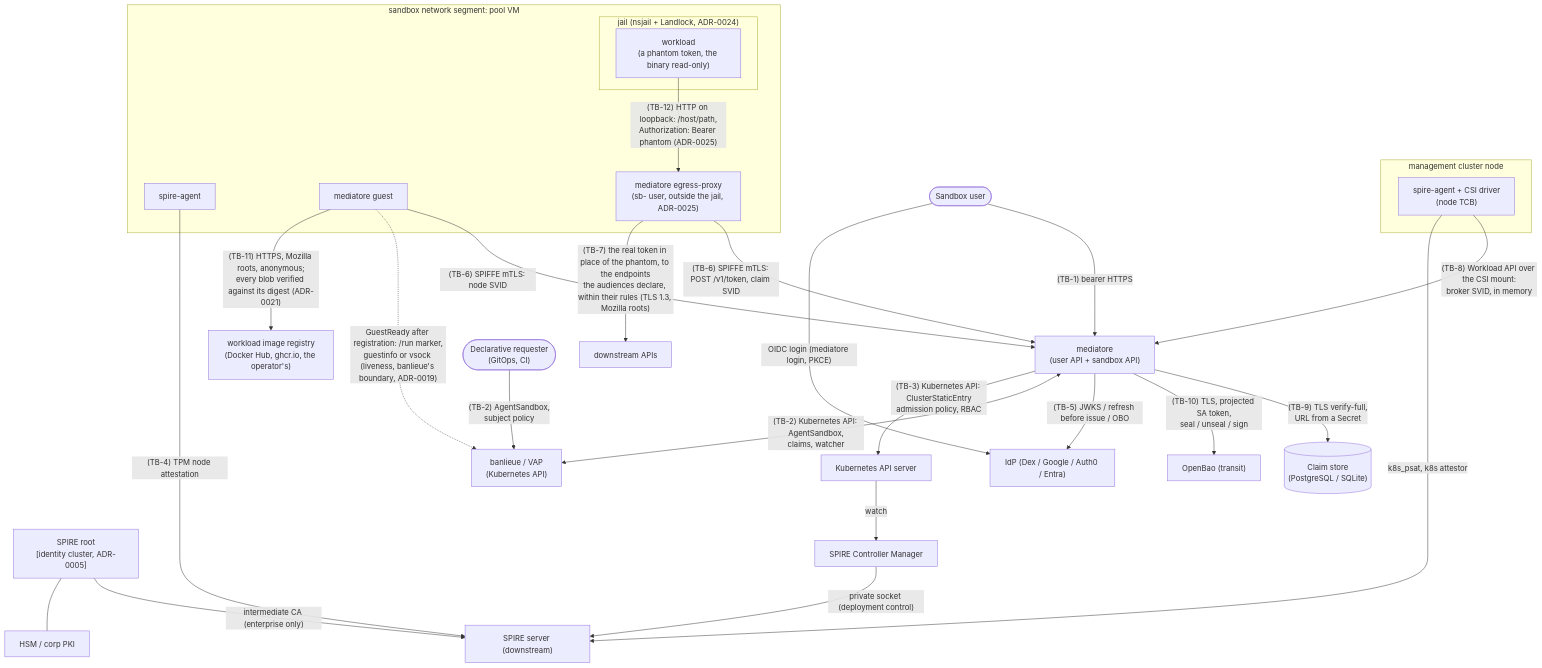
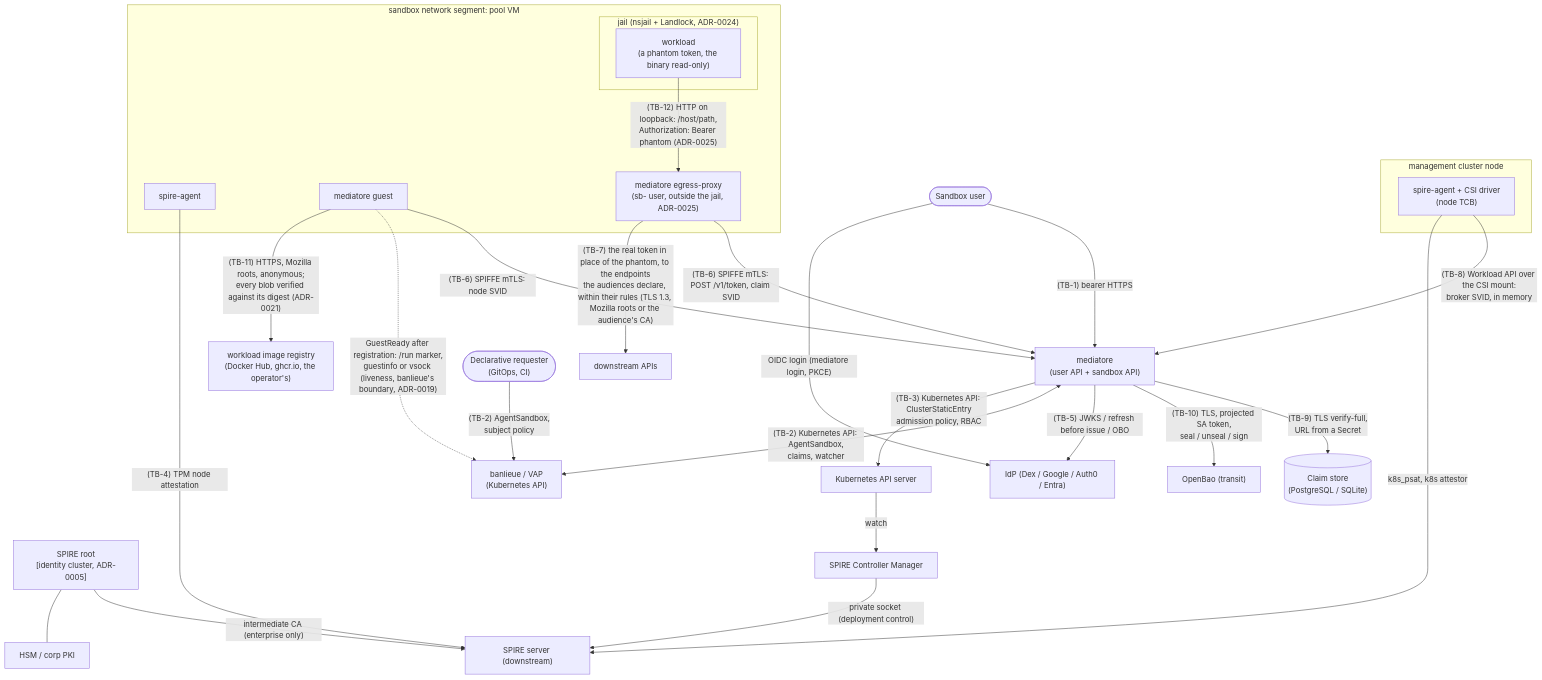
The diagram in docs/security/threat-model.md (firestoned/mediatore), drawn with Mermaid before and after one commit. The commit also changed other lines of this file and 21 other files, not shown here.

````diff
--- a/docs/security/threat-model.md
+++ b/docs/security/threat-model.md
@@ -294,50 +302,50 @@
 ```mermaid
 flowchart TB
   user(["Sandbox user"])
   idp["IdP (Dex / Google / Auth0 / Entra)"]
   mediatore["mediatore<br/>(user API + sandbox API)"]
   banlieue["banlieue / VAP<br/>(Kubernetes API)"]
   spire["SPIRE server (downstream)"]
   root["SPIRE root<br/>[identity cluster, ADR-0005]"]
   hsm["HSM / corp PKI"]
   apis["downstream APIs"]
   registry["workload image registry<br/>(Docker Hub, ghcr.io, the operator's)"]
 
   user -- "(TB-1) bearer HTTPS" --> mediatore
   user -- "OIDC login (mediatore login, PKCE)" --> idp
   requester(["Declarative requester<br/>(GitOps, CI)"]) -- "(TB-2) AgentSandbox,<br/>subject policy" --> banlieue
   store[("Claim store<br/>(PostgreSQL / SQLite)")]
   mediatore -- "(TB-9) TLS verify-full,<br/>URL from a Secret" --> store
   openbao["OpenBao (transit)"]
   mediatore -- "(TB-10) TLS, projected SA token,<br/>seal / unseal / sign" --> openbao
   mediatore -- "(TB-5) JWKS / refresh before issue / OBO" --> idp
   mediatore <-- "(TB-2) Kubernetes API: AgentSandbox,<br/>claims, watcher" --> banlieue
   mediatore -- "(TB-3) Kubernetes API: ClusterStaticEntry<br/>admission policy, RBAC" --> apiserver["Kubernetes API server"]
   apiserver -- "watch" --> cm["SPIRE Controller Manager"]
   cm -- "private socket (deployment control)" --> spire
   root -- "intermediate CA (enterprise only)" --> spire
   root --- hsm
 
   subgraph k8snode ["management cluster node"]
     k8sagent["spire-agent + CSI driver<br/>(node TCB)"]
   end
   k8sagent -- "(TB-8) Workload API over the CSI mount:<br/>broker SVID, in memory" --> mediatore
   k8sagent -- "k8s_psat, k8s attestor" --> spire
 
   subgraph vm ["sandbox network segment: pool VM"]
     agent["spire-agent"]
     guest["mediatore guest"]
     proxy["mediatore egress-proxy<br/>(sb- user, outside the jail, ADR-0025)"]
     subgraph jail ["jail (nsjail + Landlock, ADR-0024)"]
       workload["workload<br/>(a phantom token, the binary read-only)"]
     end
   end
 
   agent -- "(TB-4) TPM node attestation" --> spire
   guest -- "(TB-6) SPIFFE mTLS: node SVID" --> mediatore
   guest -. "GuestReady after registration: /run marker,<br/>guestinfo or vsock (liveness, banlieue's boundary, ADR-0019)" .-> banlieue
   guest -- "(TB-11) HTTPS, Mozilla roots, anonymous;<br/>every blob verified against its digest (ADR-0021)" --> registry
   proxy -- "(TB-6) SPIFFE mTLS: POST /v1/token, claim SVID" --> mediatore
   workload -- "(TB-12) HTTP on loopback: /host/path,<br/>Authorization: Bearer phantom (ADR-0025)" --> proxy
-  proxy -- "(TB-7) the real token in place of the phantom, to the endpoints<br/>the audiences declare, within their rules (TLS 1.3, Mozilla roots)" --> apis
+  proxy -- "(TB-7) the real token in place of the phantom, to the endpoints<br/>the audiences declare, within their rules (TLS 1.3, Mozilla roots or the audience's CA)" --> apis
 ```
````
